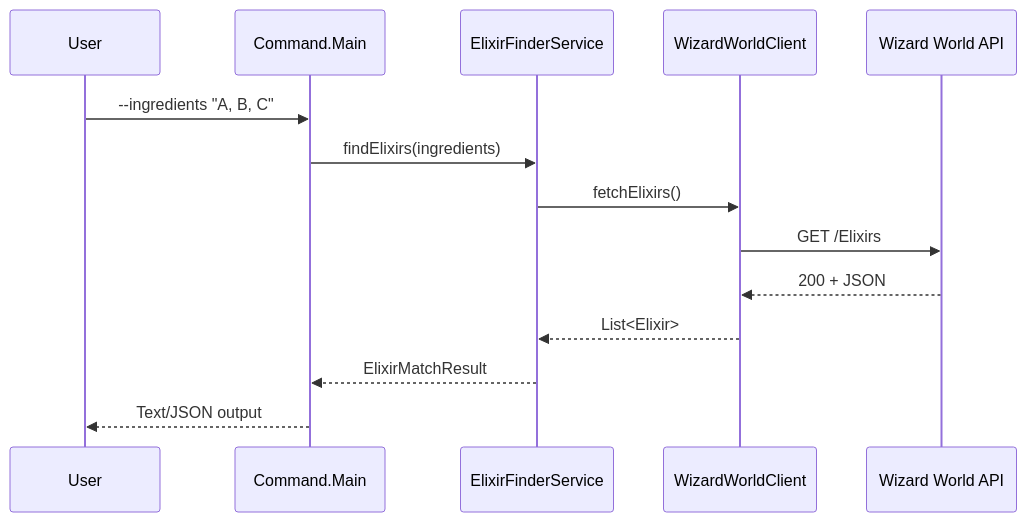
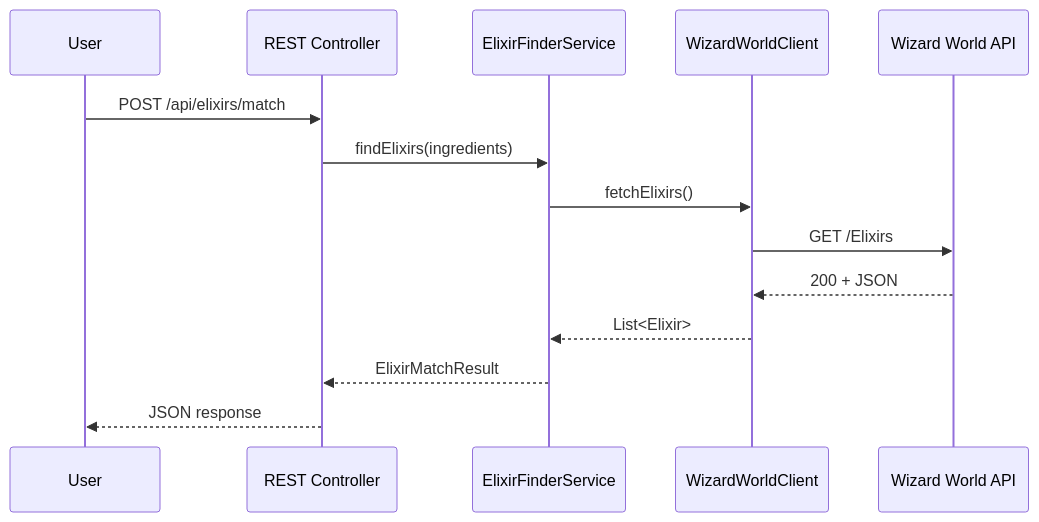
One commit to prasadkeerthi/nitro-wizard-takehome changed the third of 4 diagrams in architecture.md. Above: the diagram before and after it, drawn with Mermaid. The commit also changed other lines of this file and 51 other files, not shown here.

````diff
--- a/architecture.md
+++ b/architecture.md
@@ -47,17 +47,17 @@
 ```mermaid
 sequenceDiagram
     participant User
-    participant CLI as Command.Main
+    participant API as REST Controller
     participant Service as ElixirFinderService
     participant Client as WizardWorldClient
-    participant API as Wizard World API
+    participant External as Wizard World API
 
-    User->>CLI: --ingredients "A, B, C"
-    CLI->>Service: findElixirs(ingredients)
+    User->>API: POST /api/elixirs/match
+    API->>Service: findElixirs(ingredients)
     Service->>Client: fetchElixirs()
-    Client->>API: GET /Elixirs
-    API-->>Client: 200 + JSON
+    Client->>External: GET /Elixirs
+    External-->>Client: 200 + JSON
     Client-->>Service: List<Elixir>
-    Service-->>CLI: ElixirMatchResult
-    CLI-->>User: Text/JSON output
+    Service-->>API: ElixirMatchResult
+    API-->>User: JSON response
 ```
````
